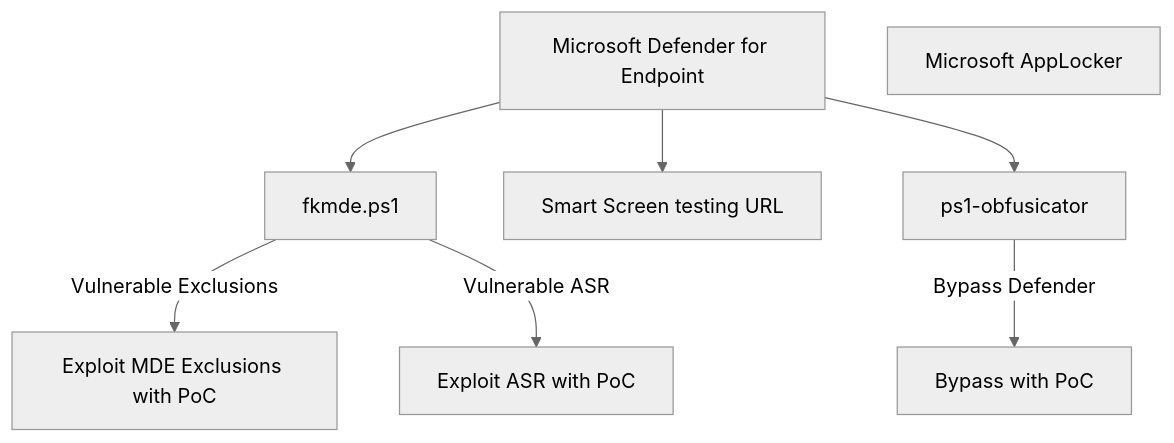
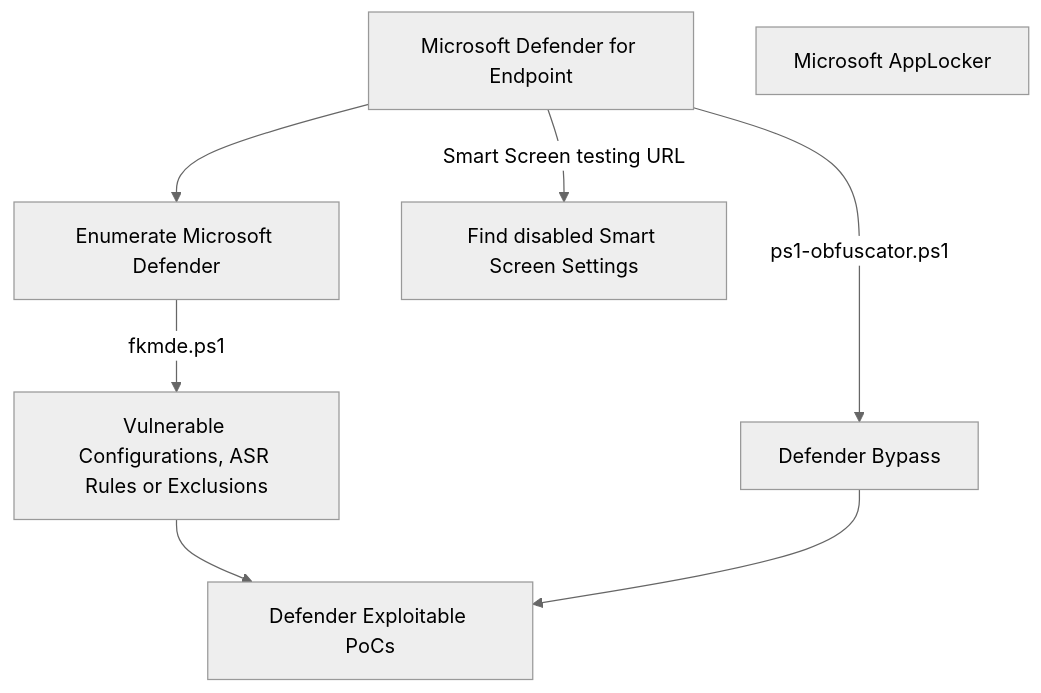
One commit to fkxdr/fkxdr-mindmaps changed the diagram in README.md. Above: the diagram before and after it, drawn with Mermaid (neutral theme).

````diff
--- a/README.md
+++ b/README.md
@@ -7,12 +7,14 @@
 ```mermaid
 flowchart TD
     MDE[ Microsoft Defender for Endpoint ]
-    --> MDEFK[ fkmde.ps1 ]
-    -->| Vulnerable Exclusions | MDEEX[ Exploit MDE Exclusions with PoC ]
-    MDEFK -->| Vulnerable ASR | MDEC[ Exploit ASR with PoC ]
-    MDE --> MDESC[ Smart Screen testing URL ]
-    MDE --> MDEBP[ ps1-obfusicator ]
-    -->| Bypass Defender | MDEBP2[ Bypass with PoC ]
+    MDE --> MDEENUM[ Enumerate Microsoft Defender ]
+    MDEENUM --> | fkmde.ps1 | MDEVULN[ Vulnerable Configurations, ASR Rules or Exclusions ]
+    MDE --> | ps1-obfuscator.ps1 | MDEBPASS[ Defender Bypass ]
+    
+    MDEVULN --> MDEEXPL[ Defender Exploitable PoCs]
+    MDEBPASS --> MDEEXPL[ Defender Exploitable PoCs]
+
+    MDE --> | Smart Screen testing URL | MDESSCR[ Find disabled Smart Screen Settings ]
 
     APP[ Microsoft AppLocker ]
 ```
````
